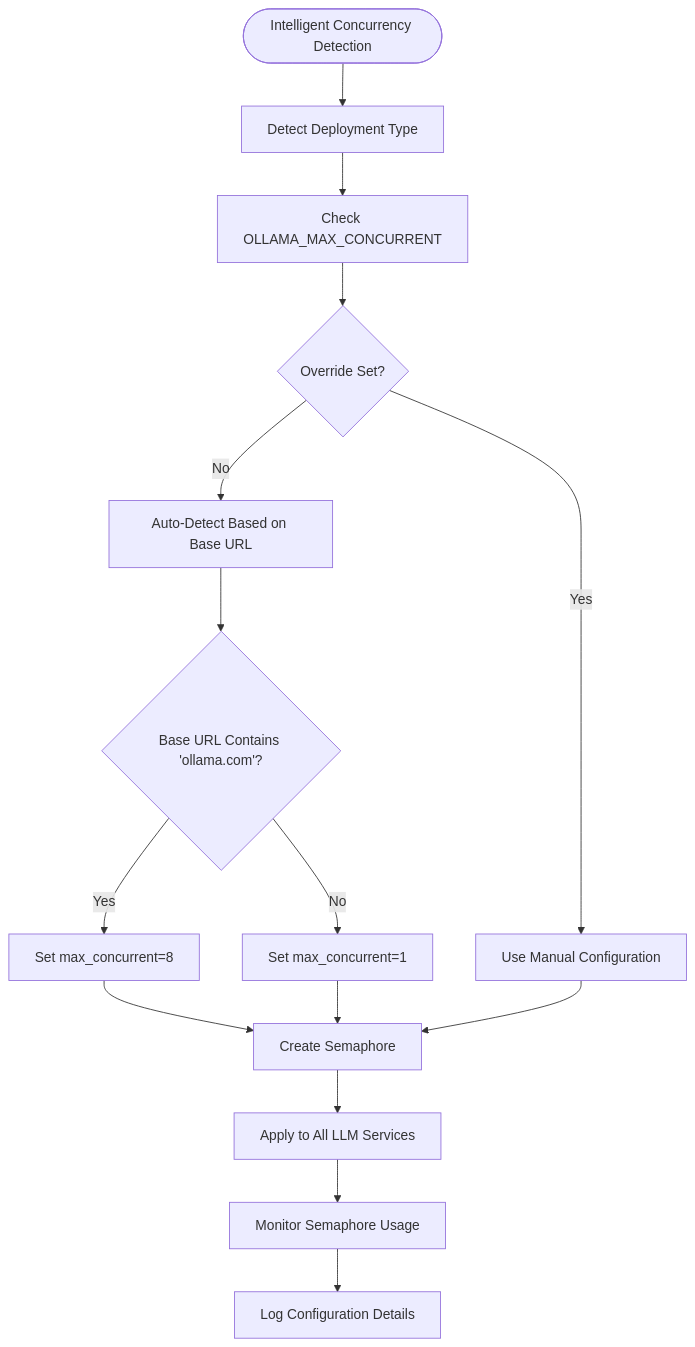
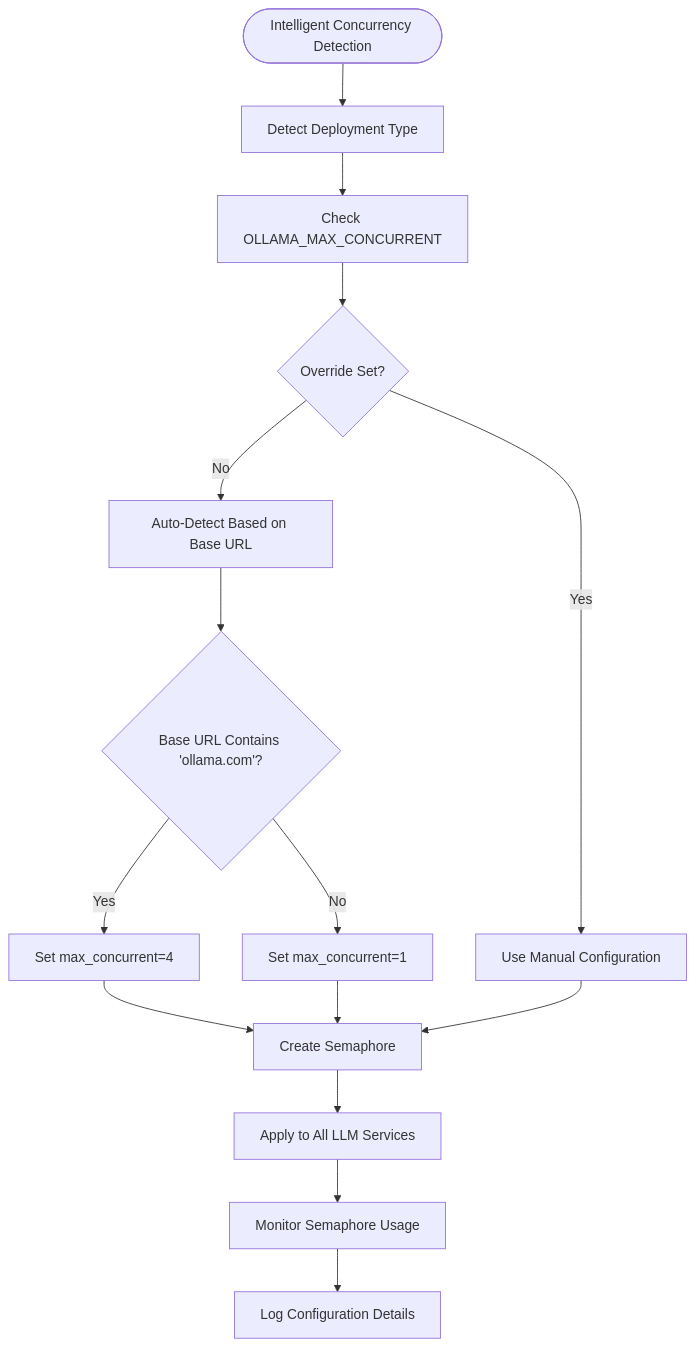
Before and after one commit to Revanththetalogics/aireume: the fifth of 21 diagrams in .qoder/repowiki/en/content/Analysis Engine/LLM Service Integration.md, drawn with Mermaid. The commit also changed other lines of this file and 7 other files, not shown here.

````diff
--- a/.qoder/repowiki/en/content/Analysis Engine/LLM Service Integration.md
+++ b/.qoder/repowiki/en/content/Analysis Engine/LLM Service Integration.md
@@ -293,17 +401,17 @@
 ```mermaid
 flowchart TD
 Start(["Intelligent Concurrency Detection"]) --> DetectType["Detect Deployment Type"]
 DetectType --> CheckEnv["Check OLLAMA_MAX_CONCURRENT"]
 CheckEnv --> HasOverride{"Override Set?"}
 HasOverride --> |Yes| UseOverride["Use Manual Configuration"]
 HasOverride --> |No| AutoDetect["Auto-Detect Based on Base URL"]
 AutoDetect --> IsCloud{"Base URL Contains 'ollama.com'?"}
-IsCloud --> |Yes| SetCloud["Set max_concurrent=8"]
+IsCloud --> |Yes| SetCloud["Set max_concurrent=4"]
 IsCloud --> |No| SetLocal["Set max_concurrent=1"]
 SetCloud --> CreateSemaphore["Create Semaphore"]
 SetLocal --> CreateSemaphore
 UseOverride --> CreateSemaphore
 CreateSemaphore --> ApplyToServices["Apply to All LLM Services"]
 ApplyToServices --> MonitorUsage["Monitor Semaphore Usage"]
 MonitorUsage --> LogConfig["Log Configuration Details"]
 ```
````
